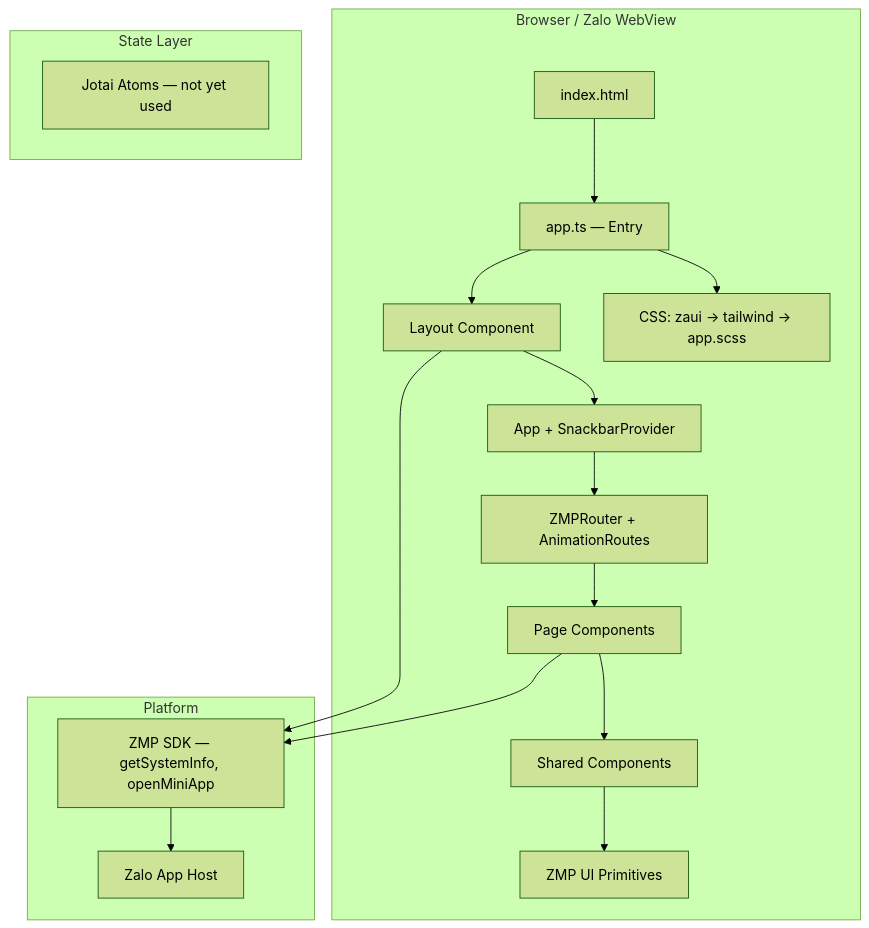
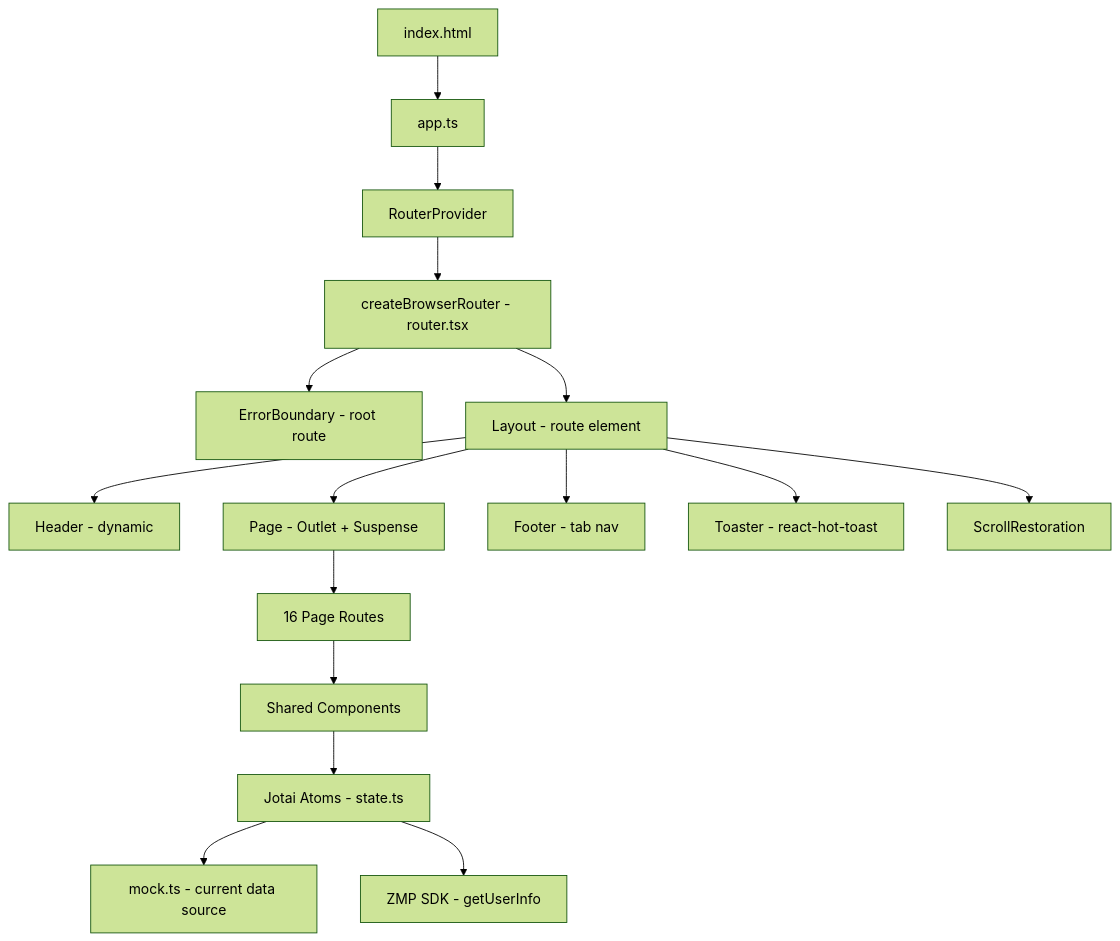
The first of 2 diagrams in base_knowledge/structures/system_overview.md (minhquan2904/pretty-little-shop-vn), drawn with Mermaid (forest theme) before and after one commit. The commit also changed other lines of this file and 21 other files, not shown here.

````diff
--- a/base_knowledge/structures/system_overview.md
+++ b/base_knowledge/structures/system_overview.md
@@ -32,26 +38,18 @@
 ```mermaid
 graph TD
-    subgraph "Browser / Zalo WebView"
-        HTML[index.html] --> APP[app.ts — Entry]
-        APP --> CSS[CSS: zaui → tailwind → app.scss]
-        APP --> LAYOUT[Layout Component]
-        LAYOUT --> PROVIDERS[App + SnackbarProvider]
-        PROVIDERS --> ROUTER[ZMPRouter + AnimationRoutes]
-        ROUTER --> PAGES[Page Components]
-        PAGES --> COMPONENTS[Shared Components]
-        COMPONENTS --> UI[ZMP UI Primitives]
-    end
-    
-    subgraph "State Layer"
-        JOTAI[Jotai Atoms — not yet used]
-    end
-
-    subgraph "Platform"
-        ZMP_SDK[ZMP SDK — getSystemInfo, openMiniApp]
-        ZALO[Zalo App Host]
-    end
-
-    LAYOUT --> ZMP_SDK
-    PAGES --> ZMP_SDK
-    ZMP_SDK --> ZALO
+    HTML[index.html] --> APP[app.ts]
+    APP --> RP[RouterProvider]
+    RP --> ROUTER[createBrowserRouter - router.tsx]
+    ROUTER --> EB[ErrorBoundary - root route]
+    ROUTER --> LAY[Layout - route element]
+    LAY --> HDR[Header - dynamic]
+    LAY --> PG[Page - Outlet + Suspense]
+    LAY --> FTR[Footer - tab nav]
+    LAY --> TOAST[Toaster - react-hot-toast]
+    LAY --> SCR[ScrollRestoration]
+    PG --> PAGES[16 Page Routes]
+    PAGES --> COMPS[Shared Components]
+    COMPS --> STATE[Jotai Atoms - state.ts]
+    STATE --> MOCK[mock.ts - current data source]
+    STATE --> ZMP_SDK[ZMP SDK - getUserInfo]
 ```
````
